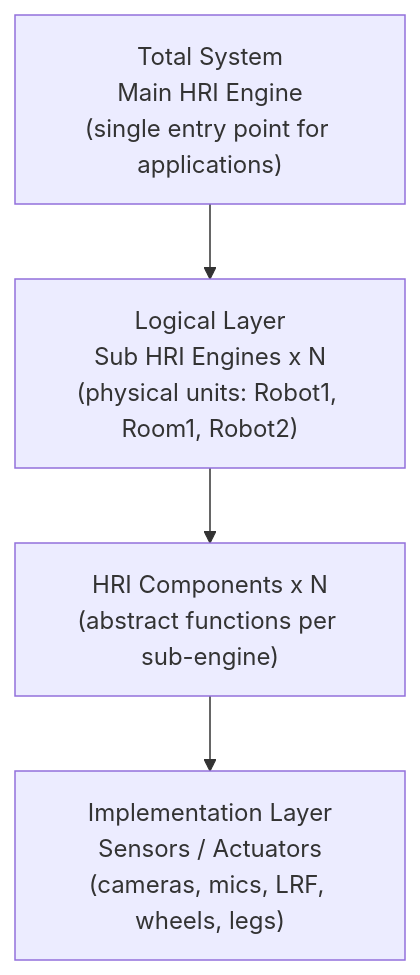
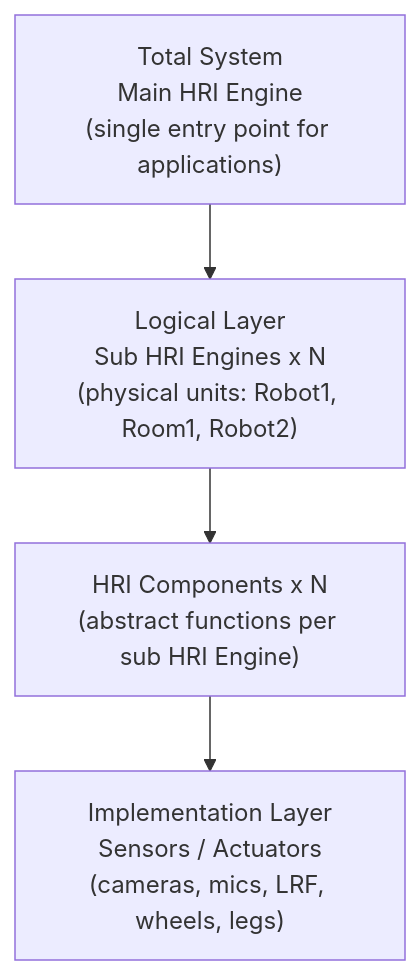
The first of 18 diagrams in docs/white-paper.md (openrois/openrois), drawn with Mermaid before and after one commit. The commit also changed other lines of this file and 43 other files, not shown here.

````diff
--- a/docs/white-paper.md
+++ b/docs/white-paper.md
@@ -131,9 +134,9 @@
 ```mermaid
 flowchart TB
     Total["Total System<br/>Main HRI Engine<br/>(single entry point for applications)"]
     Logical["Logical Layer<br/>Sub HRI Engines x N<br/>(physical units: Robot1, Room1, Robot2)"]
-    Components["HRI Components x N<br/>(abstract functions per sub-engine)"]
+    Components["HRI Components x N<br/>(abstract functions per sub HRI Engine)"]
     Impl["Implementation Layer<br/>Sensors / Actuators<br/>(cameras, mics, LRF, wheels, legs)"]
 
     Total --> Logical --> Components --> Impl
 ```
````
